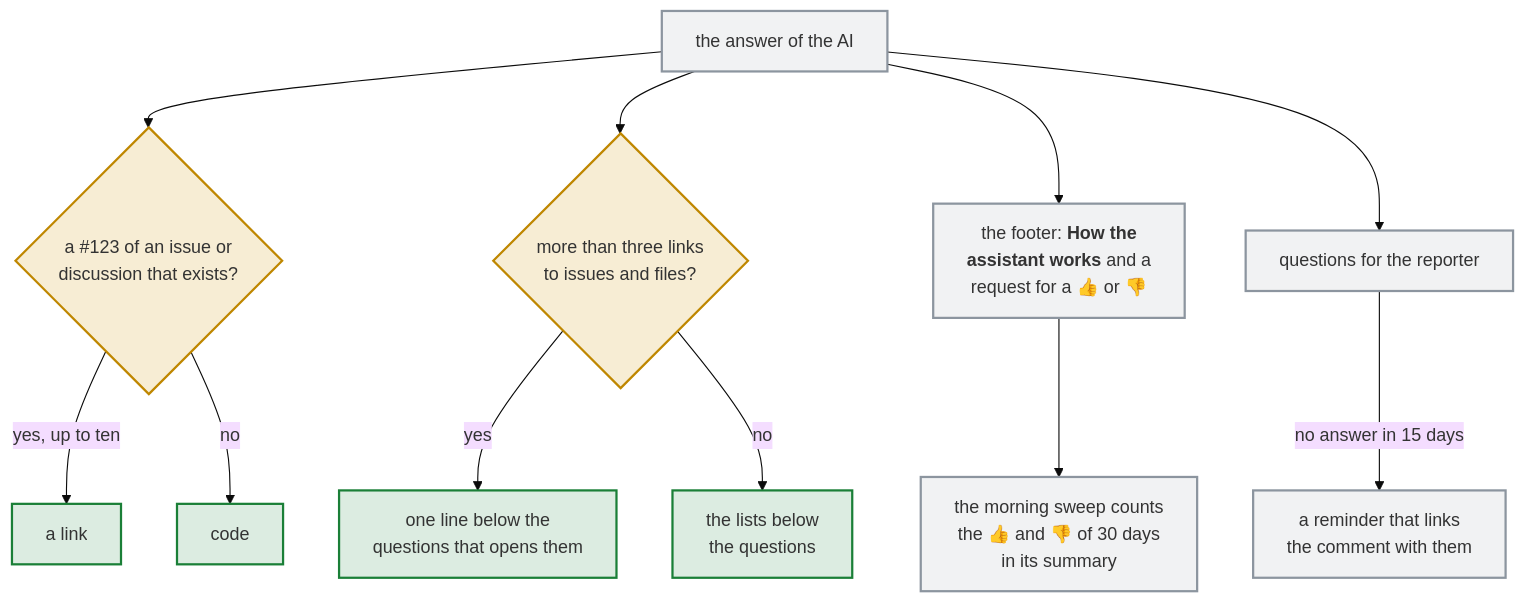
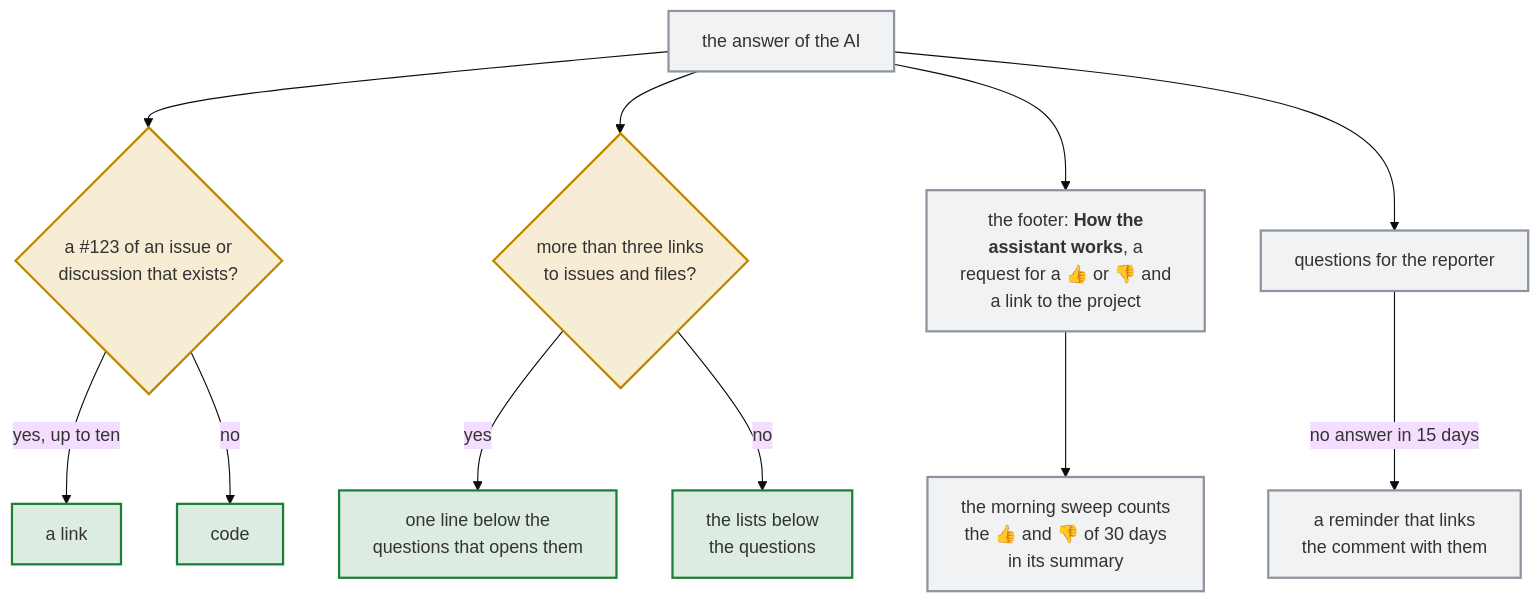
Before and after one commit to Dennis-Otto/issue-assistant: the diagram in docs/diagrams/what-a-comment-links-and-how-its-feedback-is-counted.mmd, drawn with Mermaid (base theme). The commit also changed 77 other files, not shown here.

First line of the commit message:
feat: link the project from the comment footer and offer a badge for adopters (#225)

```diff
--- a/docs/diagrams/what-a-comment-links-and-how-its-feedback-is-counted.mmd
+++ b/docs/diagrams/what-a-comment-links-and-how-its-feedback-is-counted.mmd
@@ -1,19 +1,19 @@
 flowchart TB
   accTitle: What a comment links and how its feedback is counted
-  accDescr: The apply job looks up the issue numbers that the AI names, up to ten: an issue or a discussion that exists stays a link, any other number becomes code. More than three links to related issues and files fold into one line below the questions, which opens them. The footer of every analysis and follow-up links the notice to reporters and asks for a thumbs up or down, and the morning sweep counts those of the last 30 days in its summary. Questions that stay unanswered for 15 days get a reminder that links the comment with them.
+  accDescr: The apply job looks up the issue numbers that the AI names, up to ten: an issue or a discussion that exists stays a link, any other number becomes code. More than three links to related issues and files fold into one line below the questions, which opens them. The footer of every analysis and follow-up links the notice to reporters and asks for a thumbs up or down, and the morning sweep counts those of the last 30 days in its summary. It ends with a link to the project, unless the setting credit of the transparency section is off. Questions that stay unanswered for 15 days get a reminder that links the comment with them.
   answer["the answer of the AI"] --> named{"a #35;123 of an issue or<br>discussion that exists?"}
   named -- "yes, up to ten" --> link["a link"]
   named -- "no" --> code["code"]
   answer --> many{"more than three links<br>to issues and files?"}
   many -- "yes" --> fold["one line below the<br>questions that opens them"]
   many -- "no" --> lists["the lists below<br>the questions"]
-  answer --> footer["`the footer: **How the<br>assistant works** and a<br>request for a 👍 or 👎`"]
+  answer --> footer["`the footer: **How the<br>assistant works**, a<br>request for a 👍 or 👎 and<br>a link to the project`"]
   footer --> sweep["the morning sweep counts<br>the 👍 and 👎 of 30 days<br>in its summary"]
   answer --> questions["questions for the reporter"]
   questions -- "no answer in 15 days" --> reminder["a reminder that links<br>the comment with them"]
   classDef question fill:#d4a72c33,stroke:#bf8700,stroke-width:2px
   classDef job fill:#8c959f1f,stroke:#8c959f,stroke-width:2px
   classDef safe fill:#1a7f3726,stroke:#1a7f37,stroke-width:2px
   class named,many question
   class answer,footer,questions,sweep,reminder job
   class link,code,fold,lists safe
```
